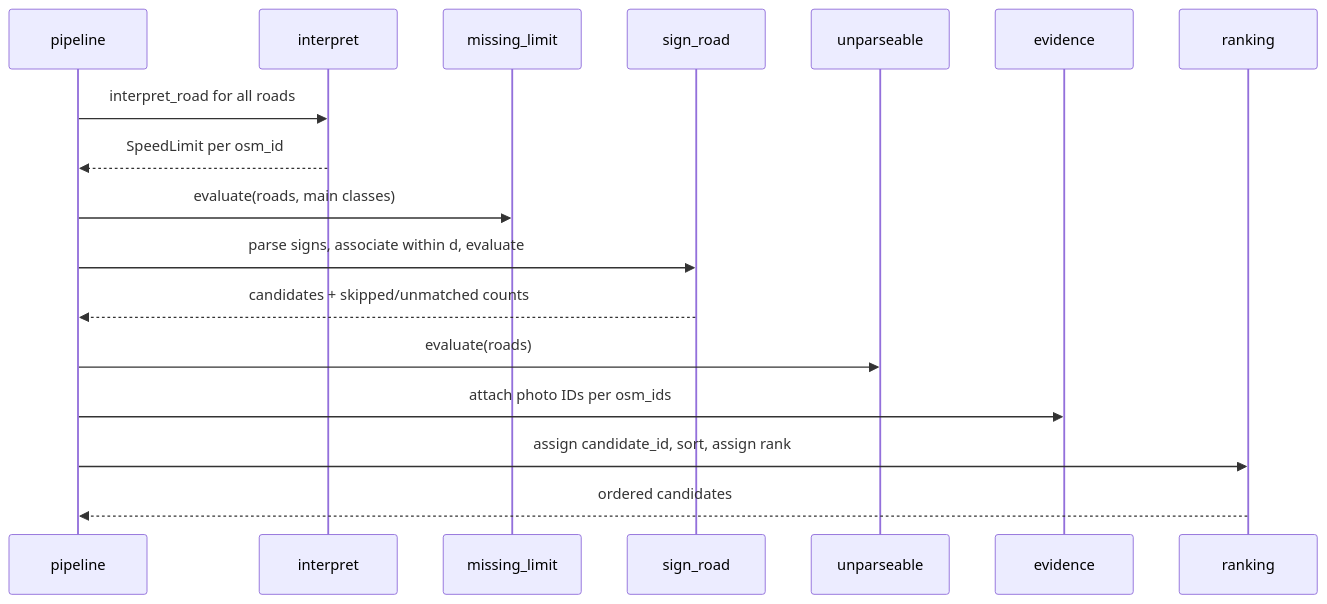
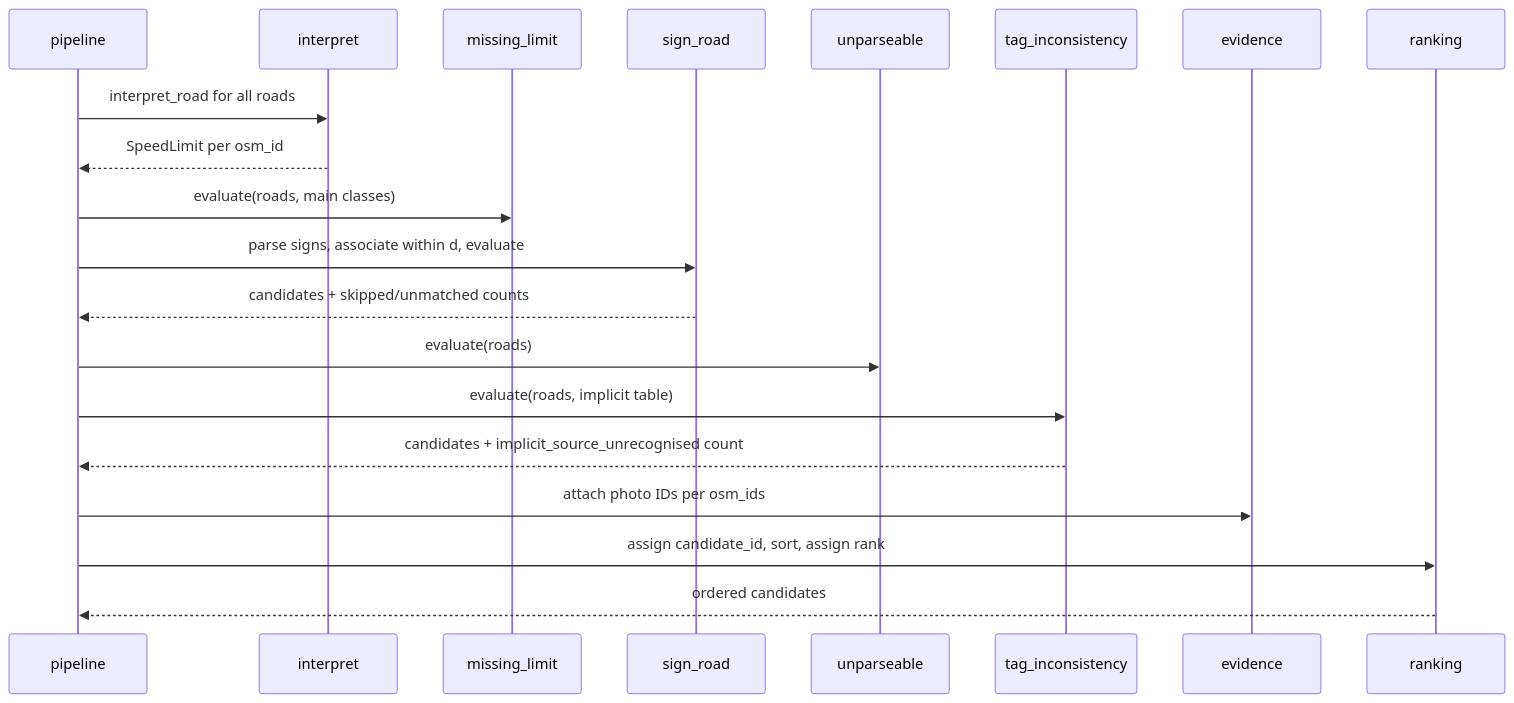
Before and after one commit to monikabialobrzeska/szkolenie_dodatkowe: the third of 3 diagrams in docs/ADR/002-detection-rules.md, drawn with Mermaid. The commit also changed other lines of this file and 4 other files, not shown here.

````diff
--- a/docs/ADR/002-detection-rules.md
+++ b/docs/ADR/002-detection-rules.md
@@ -235,19 +266,22 @@
 ```mermaid
 sequenceDiagram
     participant P as pipeline
     participant I as interpret
     participant C1 as missing_limit
     participant C2 as sign_road
     participant C3 as unparseable
+    participant C4 as tag_inconsistency
     participant EV as evidence
     participant R as ranking
     P->>I: interpret_road for all roads
     I-->>P: SpeedLimit per osm_id
     P->>C1: evaluate(roads, main classes)
     P->>C2: parse signs, associate within d, evaluate
     C2-->>P: candidates + skipped/unmatched counts
     P->>C3: evaluate(roads)
+    P->>C4: evaluate(roads, implicit table)
+    C4-->>P: candidates + implicit_source_unrecognised count
     P->>EV: attach photo IDs per osm_ids
     P->>R: assign candidate_id, sort, assign rank
     R-->>P: ordered candidates
 ```
````
